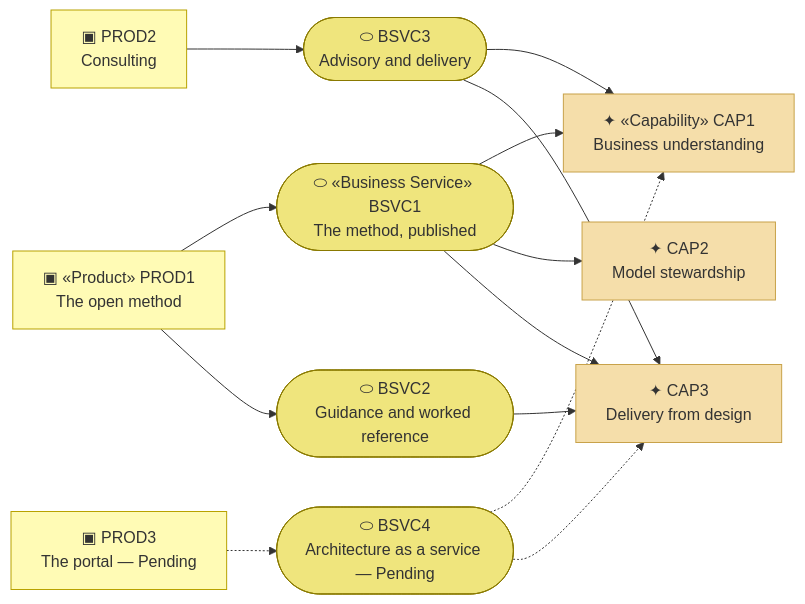
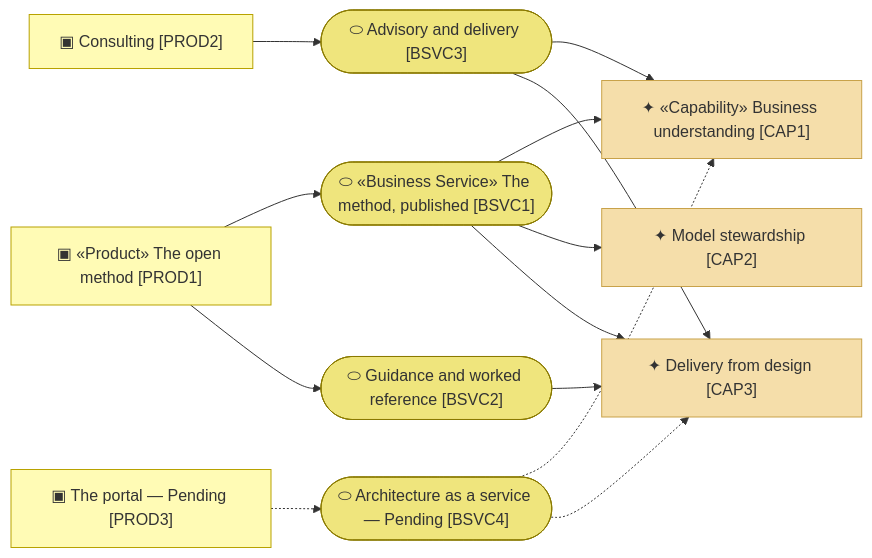
Before and after one commit to roanboc/architecture-archreator: the second of 3 diagrams in org-archreator/architecture/2_business/2_business-services.md, drawn with Mermaid. The commit also changed other lines of this file and 38 other files, not shown here.

````diff
--- a/org-archreator/architecture/2_business/2_business-services.md
+++ b/org-archreator/architecture/2_business/2_business-services.md
@@ -52,33 +52,33 @@
 ```mermaid
 flowchart LR
-  prod1["▣ «Product» PROD1<br>The open method"]:::product
-  prod2["▣ PROD2<br>Consulting"]:::product
-  prod3["▣ PROD3<br>The portal — Pending"]:::product
+  prod1["▣ «Product» The open method [PROD1]"]:::product
+  prod2["▣ Consulting [PROD2]"]:::product
+  prod3["▣ The portal — Pending [PROD3]"]:::product
 
-  bsvc1(["⬭ «Business Service» BSVC1<br>The method, published"]):::service
-  bsvc2(["⬭ BSVC2<br>Guidance and worked reference"]):::service
-  bsvc3(["⬭ BSVC3<br>Advisory and delivery"]):::service
-  bsvc4(["⬭ BSVC4<br>Architecture as a service — Pending"]):::service
+  bsvc1(["⬭ «Business Service» The method, published [BSVC1]"]):::service
+  bsvc2(["⬭ Guidance and worked reference [BSVC2]"]):::service
+  bsvc3(["⬭ Advisory and delivery [BSVC3]"]):::service
+  bsvc4(["⬭ Architecture as a service — Pending [BSVC4]"]):::service
 
-  cap1["✦ «Capability» CAP1<br>Business understanding"]:::capability
-  cap2["✦ CAP2<br>Model stewardship"]:::capability
-  cap3["✦ CAP3<br>Delivery from design"]:::capability
+  cap1["✦ «Capability» Business understanding [CAP1]"]:::capability
+  cap2["✦ Model stewardship [CAP2]"]:::capability
+  cap3["✦ Delivery from design [CAP3]"]:::capability
 
   prod1 --> bsvc1
   prod1 --> bsvc2
   prod2 --> bsvc3
   prod3 -.-> bsvc4
 
   bsvc1 --> cap1
   bsvc1 --> cap2
   bsvc1 --> cap3
   bsvc2 --> cap3
   bsvc3 --> cap1
   bsvc3 --> cap3
   bsvc4 -.-> cap1
   bsvc4 -.-> cap3
 
   classDef product fill:#fffbb5,stroke:#b8a200,color:#333
   classDef service fill:#efe57d,stroke:#8a7a00,color:#333
   classDef capability fill:#f5deaa,stroke:#c8a24a,color:#333
 ```
````
